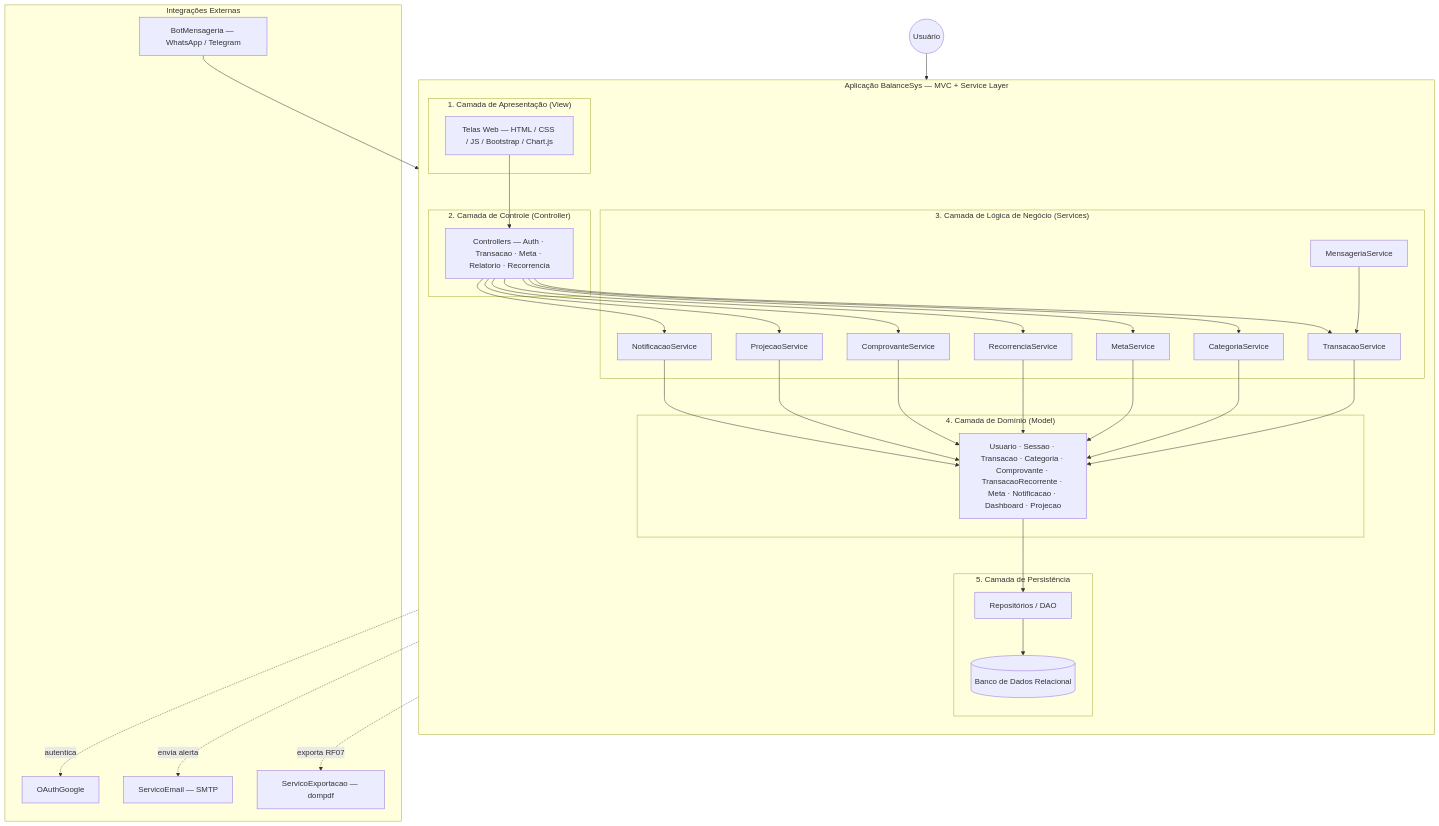
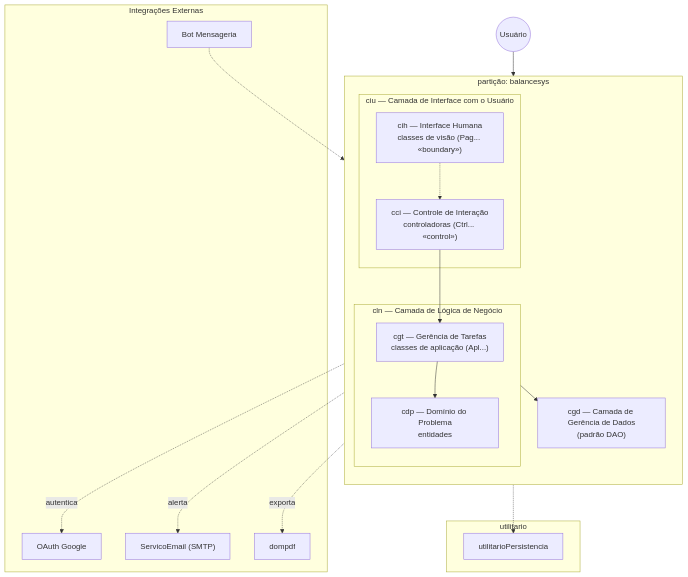
The first of 3 diagrams in docs/Projeto/4_Arquitetura_Software.md (heitoliv/BalanceSys), drawn with Mermaid before and after one commit. The commit also changed other lines of this file, not shown here.

````diff
--- a/docs/Projeto/4_Arquitetura_Software.md
+++ b/docs/Projeto/4_Arquitetura_Software.md
@@ -40,57 +58,39 @@
 ```mermaid
 flowchart TB
     actor(("Usuário"))
 
-    subgraph APP["Aplicação BalanceSys — MVC + Service Layer"]
+    subgraph balancesys["partição: balancesys"]
         direction TB
-        subgraph UI["1. Camada de Apresentação (View)"]
-            V["Telas Web — HTML / CSS / JS / Bootstrap / Chart.js"]
+        subgraph ciu["ciu — Camada de Interface com o Usuário"]
+            cih["cih — Interface Humana<br/>classes de visão (Pag... «boundary»)"]
+            cci["cci — Controle de Interação<br/>controladoras (Ctrl... «control»)"]
         end
-        subgraph CTRL["2. Camada de Controle (Controller)"]
-            C["Controllers — Auth · Transacao · Meta · Relatorio · Recorrencia"]
+        subgraph cln["cln — Camada de Lógica de Negócio"]
+            cgt["cgt — Gerência de Tarefas<br/>classes de aplicação (Apl...)"]
+            cdp["cdp — Domínio do Problema<br/>entidades"]
         end
-        subgraph SVC["3. Camada de Lógica de Negócio (Services)"]
-            S1["TransacaoService"]
-            S2["CategoriaService"]
-            S3["MetaService"]
-            S4["RecorrenciaService"]
-            S5["ComprovanteService"]
-            S6["ProjecaoService"]
-            S7["NotificacaoService"]
-            S8["MensageriaService"]
-        end
-        subgraph DOM["4. Camada de Domínio (Model)"]
-            D["Usuario · Sessao · Transacao · Categoria · Comprovante · TransacaoRecorrente · Meta · Notificacao · Dashboard · Projecao"]
-        end
-        subgraph PERS["5. Camada de Persistência"]
-            R["Repositórios / DAO"]
-            DB[("Banco de Dados Relacional")]
-        end
+        cgd["cgd — Camada de Gerência de Dados<br/>(padrão DAO)"]
     end
 
-    subgraph EXT["Integrações Externas"]
-        OAuth["OAuthGoogle"]
-        Bot["BotMensageria — WhatsApp / Telegram"]
-        SMTP["ServicoEmail — SMTP"]
-        PDFEXP["ServicoExportacao — dompdf"]
+    subgraph util["utilitario"]
+        upers["utilitarioPersistencia"]
     end
 
-    actor --> V
-    V --> C
-    C --> S1 & S2 & S3 & S4 & S5 & S6 & S7
-    S1 --> D
-    S2 --> D
-    S3 --> D
-    S4 --> D
-    S5 --> D
-    S6 --> D
-    S7 --> D
-    D --> R
-    R --> DB
+    subgraph ext["Integrações Externas"]
+        oauth["OAuth Google"]
+        smtp["ServicoEmail (SMTP)"]
+        pdf["dompdf"]
+        bot["Bot Mensageria"]
+    end
 
-    Bot --> S8
-    S8 --> S1
-    C -. autentica .-> OAuth
-    S7 -. envia alerta .-> SMTP
-    C -. exporta RF07 .-> PDFEXP
+    actor --> cih
+    cih -.-> cci
+    cci --> cgt
+    cgt --> cdp
+    cln --> cgd
+    cgd -.-> upers
+    cci -. autentica .-> oauth
+    cgt -. alerta .-> smtp
+    cgt -. exporta .-> pdf
+    bot -.-> cgt
 ```
````
